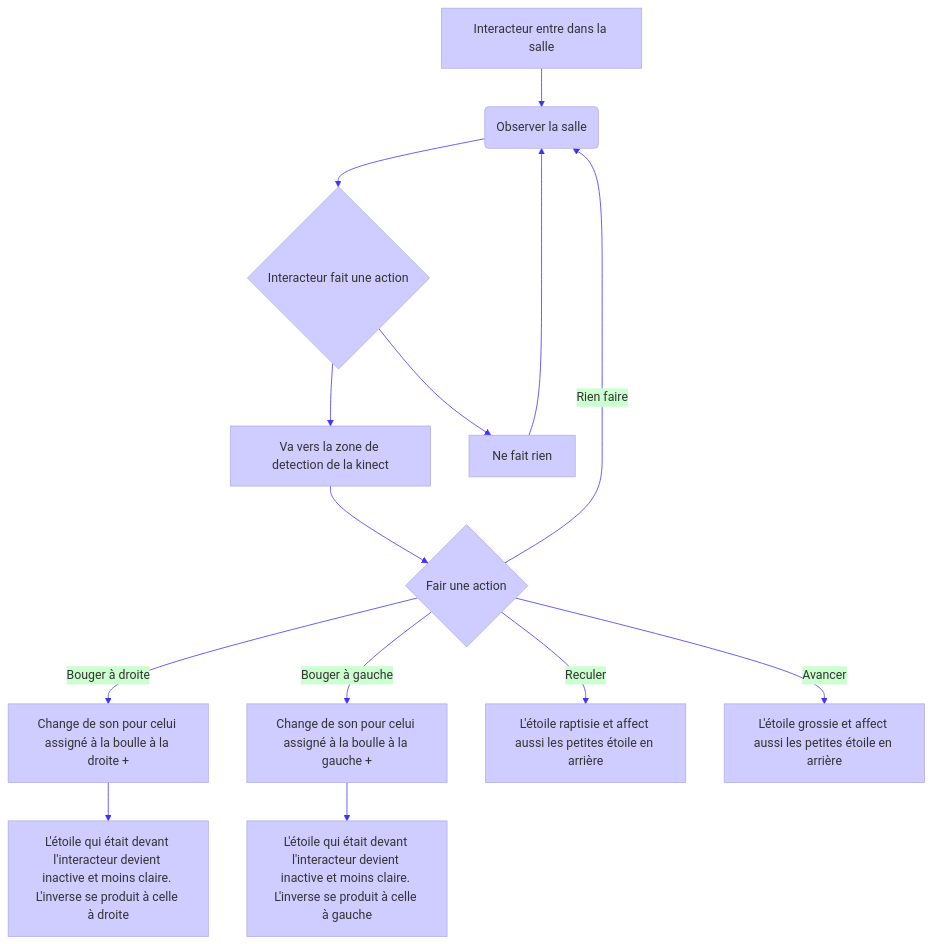
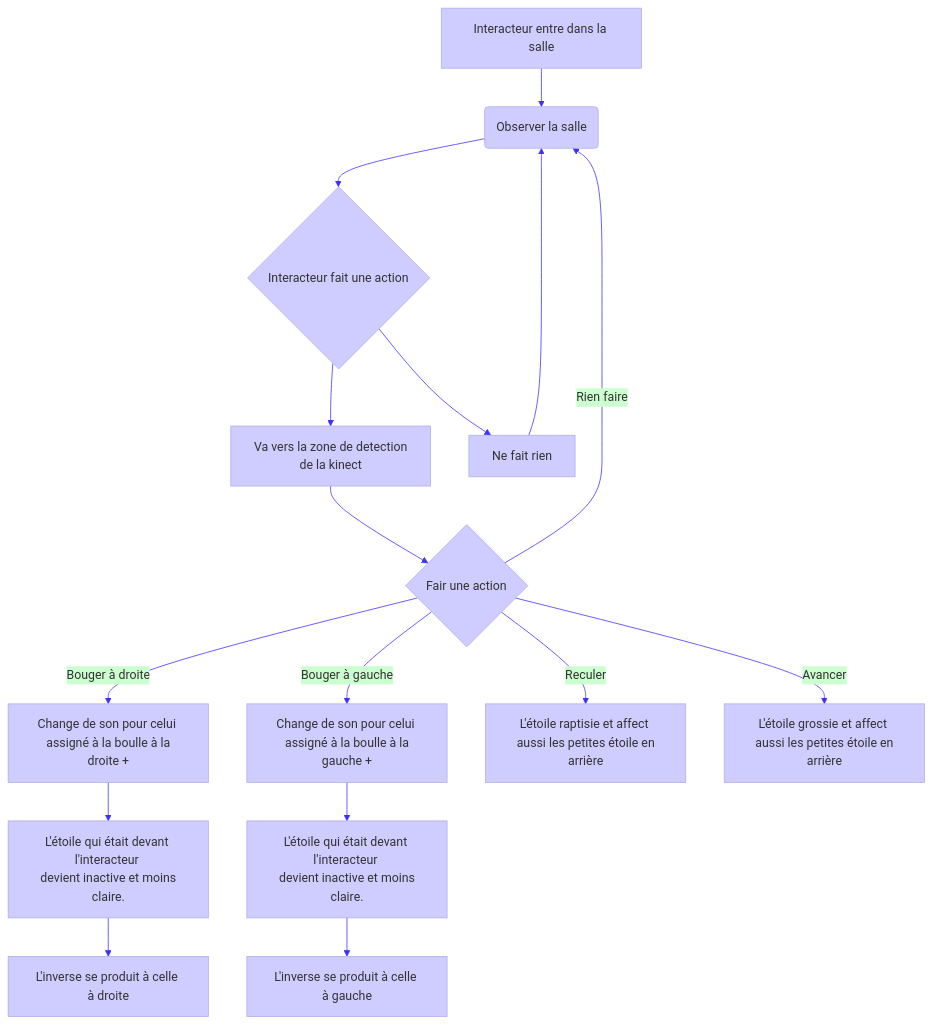
Before and after one commit to victorgileau/piano_etoile_scenarisation_projet: the diagram in README.md, drawn with Mermaid.

Commit message:
Update README.md-test-modif-mermaid-br

````diff
--- a/README.md
+++ b/README.md
@@ -51,19 +51,21 @@
 ```mermaid
 %%{init: {'theme': 'base', 'themeVariables': {'primaryColor': '#cfccff'}}}%%
 flowchart TD
     A[Interacteur entre dans la salle] --> B(Observer la salle)
     B --> C{Interacteur fait une action}
-    C --> D[Va vers la zone de detection de la kinect]
+    C --> D[Va vers la zone de detection <br> de la kinect]
     C --> E[Ne fait rien]
     E --> B
     D --> F{Fair une action}
-    F -->|Bouger à droite| G[Change de son pour celui assigné à la boulle à la droite + ]
-    F -->|Bouger à gauche| H[Change de son pour celui assigné à la boulle à la gauche + ]
-    F -->|Reculer| I[L'étoile raptisie et affect aussi les petites étoile en arrière]
-    F -->|Avancer| J[L'étoile grossie et affect aussi les petites étoile en arrière]
+    F -->|Bouger à droite| G[Change de son pour celui <br> assigné à la boulle à la droite + ]
+    F -->|Bouger à gauche| H[Change de son pour celui <br> assigné à la boulle à la gauche + ]
+    F -->|Reculer| I[L'étoile raptisie et affect <br> aussi les petites étoile en arrière]
+    F -->|Avancer| J[L'étoile grossie et affect <br> aussi les petites étoile en arrière]
     F -->|Rien faire| B
-    G --> K[L'étoile qui était devant l'interacteur devient inactive et moins claire. L'inverse se produit à celle à droite]
-    H --> L[L'étoile qui était devant l'interacteur devient inactive et moins claire. L'inverse se produit à celle à gauche]
+    G --> K[L'étoile qui était devant l'interacteur <br> devient inactive et moins claire.]
+    H --> L[L'étoile qui était devant l'interacteur <br> devient inactive et moins claire.]
+    K --> M[L'inverse se produit à celle à droite]
+    L --> N[L'inverse se produit à celle à gauche]
 
 linkStyle default stroke:#3e30ff
 ```
````
